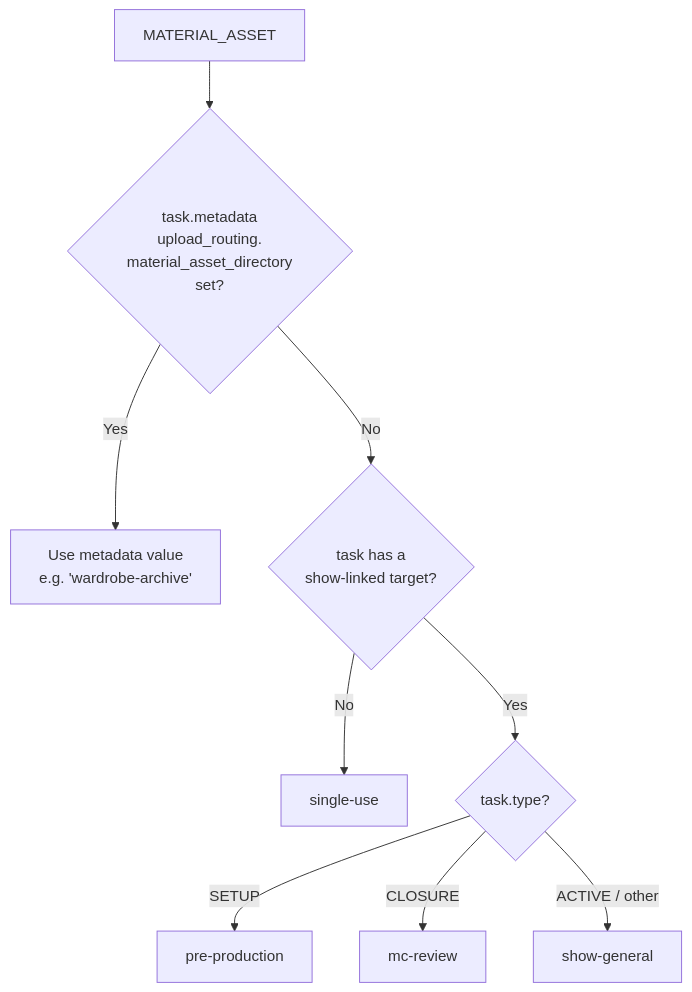
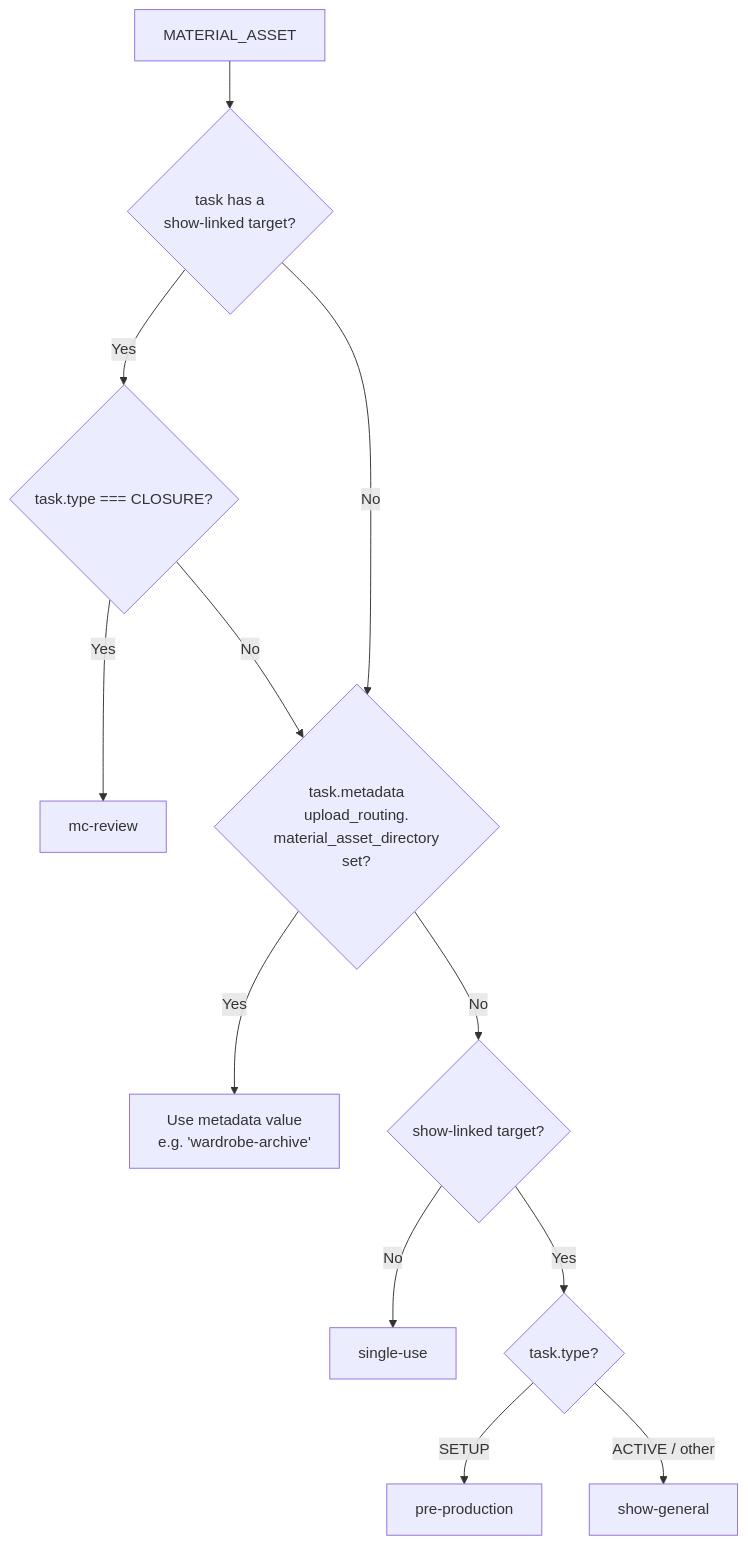
One commit to allenlin90/eridu-services changed the third of 3 diagrams in apps/erify_api/docs/FILE_UPLOAD.md. Above: the diagram before and after it, drawn with Mermaid. The commit also changed other lines of this file and 11 other files, not shown here.

````diff
--- a/apps/erify_api/docs/FILE_UPLOAD.md
+++ b/apps/erify_api/docs/FILE_UPLOAD.md
@@ -80,11 +80,14 @@
 ```mermaid
 flowchart TD
-    A[MATERIAL_ASSET] --> B{task.metadata\nupload_routing.\nmaterial_asset_directory\nset?}
+    A[MATERIAL_ASSET] --> C{task has a\nshow-linked target?}
+    C -- Yes --> D{task.type === CLOSURE?}
+    D -- Yes --> MC[mc-review]
+    D -- No --> B{task.metadata\nupload_routing.\nmaterial_asset_directory\nset?}
+    C -- No --> B
     B -- Yes --> DIR["Use metadata value\ne.g. 'wardrobe-archive'"]
-    B -- No --> C{task has a\nshow-linked target?}
-    C -- No --> SINGLE[single-use]
-    C -- Yes --> D{task.type?}
-    D -- SETUP --> PRE[pre-production]
-    D -- CLOSURE --> MC[mc-review]
-    D -- ACTIVE / other --> GEN[show-general]
+    B -- No --> E{show-linked target?}
+    E -- No --> SINGLE[single-use]
+    E -- Yes --> F{task.type?}
+    F -- SETUP --> PRE[pre-production]
+    F -- ACTIVE / other --> GEN[show-general]
 ```
````
